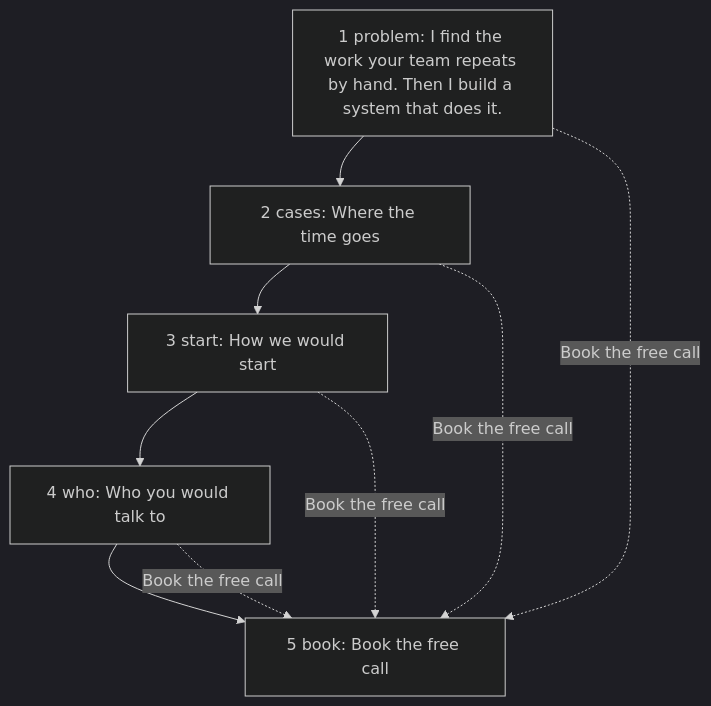
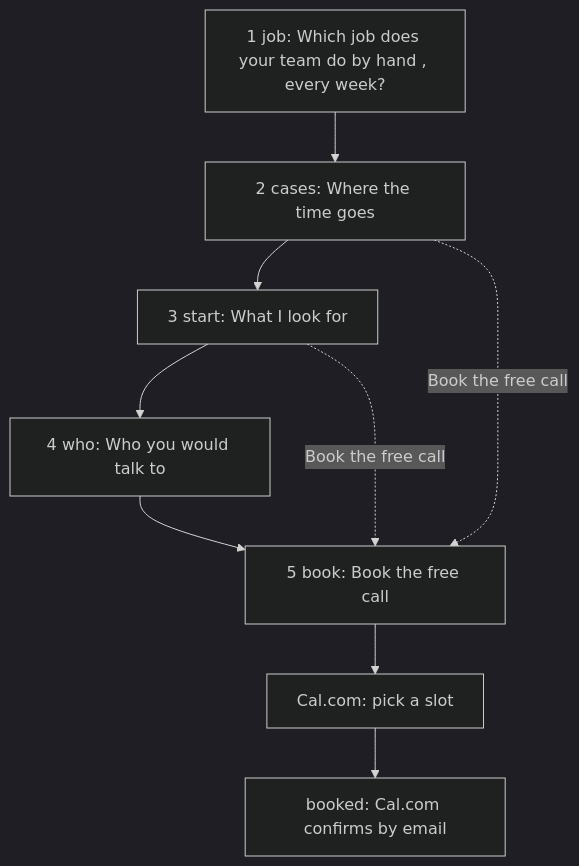
The diagram in _model/current/process.md (Rwb3n/rwb3n.github.io), drawn with Mermaid (dark theme) before and after one commit. The commit also changed other lines of this file and 20 other files, not shown here.

First line of the commit message:
Build the revised funnel: one turn that answers the visitor, then Cal.com

````diff
--- a/_model/current/process.md
+++ b/_model/current/process.md
@@ -8,16 +8,15 @@
 ```mermaid
 flowchart TD
-  S0["1 problem: I find the work your team repeats by hand. Then I build a system that does it."]
+  S0["1 job: Which job does your team do by hand , every week?"]
   S1["2 cases: Where the time goes"]
-  S2["3 start: How we would start"]
+  S2["3 start: What I look for"]
   S3["4 who: Who you would talk to"]
   S4["5 book: Book the free call"]
   S0 --> S1
   S1 --> S2
   S2 --> S3
   S3 --> S4
-  S0 -. "Book the free call" .-> S4
   S1 -. "Book the free call" .-> S4
   S2 -. "Book the free call" .-> S4
-  S3 -. "Book the free call" .-> S4
+  S4 --> C["Cal.com: pick a slot"] --> D["booked: Cal.com confirms by email"]
 ```
````
